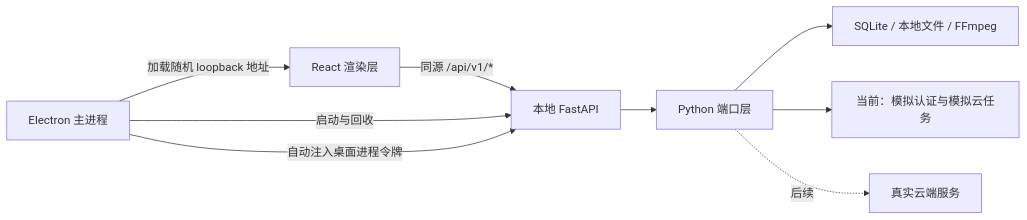
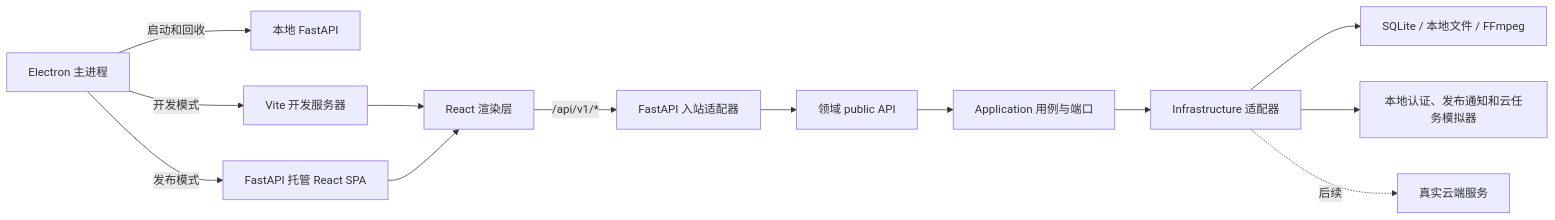
One commit to alanbulan/aianime changed the diagram in README.md. Above: the diagram before and after it, drawn with Mermaid. The commit also changed other lines of this file and 19 other files, not shown here.

````diff
--- a/README.md
+++ b/README.md
@@ -9,11 +9,15 @@
 ```mermaid
 flowchart LR
-    UI[React 渲染层] -->|同源 /api/v1/*| API[本地 FastAPI]
-    Electron[Electron 主进程] -->|启动与回收| API
-    Electron -->|加载随机 loopback 地址| UI
-    Electron -->|自动注入桌面进程令牌| API
-    API --> Ports[Python 端口层]
-    Ports --> Local[SQLite / 本地文件 / FFmpeg]
-    Ports --> Mock[当前：模拟认证与模拟云任务]
-    Ports -. 后续 .-> Cloud[真实云端服务]
+    Electron[Electron 主进程] -->|启动和回收| API[本地 FastAPI]
+    Electron -->|开发模式| Vite[Vite 开发服务器]
+    Electron -->|发布模式| SPA[FastAPI 托管 React SPA]
+    Vite --> UI[React 渲染层]
+    SPA --> UI
+    UI -->|/api/v1/*| Routes[FastAPI 入站适配器]
+    Routes --> Public[领域 public API]
+    Public --> App[Application 用例与端口]
+    App --> Infra[Infrastructure 适配器]
+    Infra --> Local[SQLite / 本地文件 / FFmpeg]
+    Infra --> Mock[本地认证、发布通知和云任务模拟器]
+    Infra -. 后续 .-> Cloud[真实云端服务]
 ```
````
